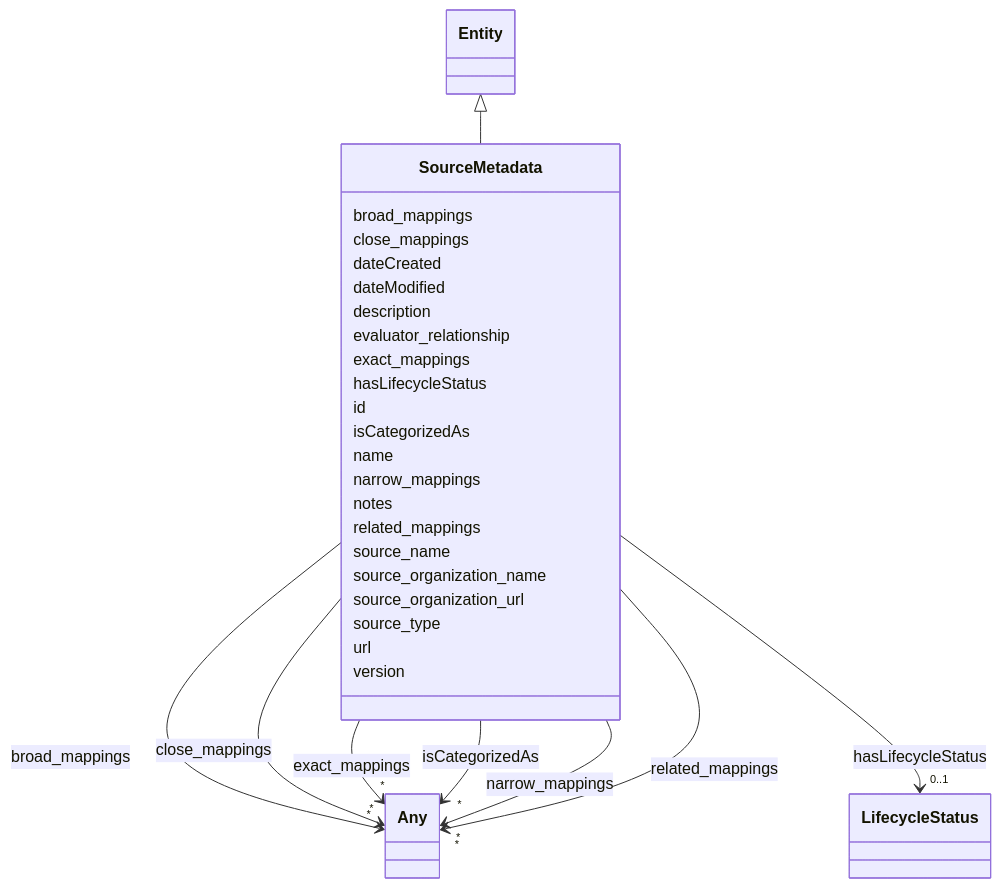
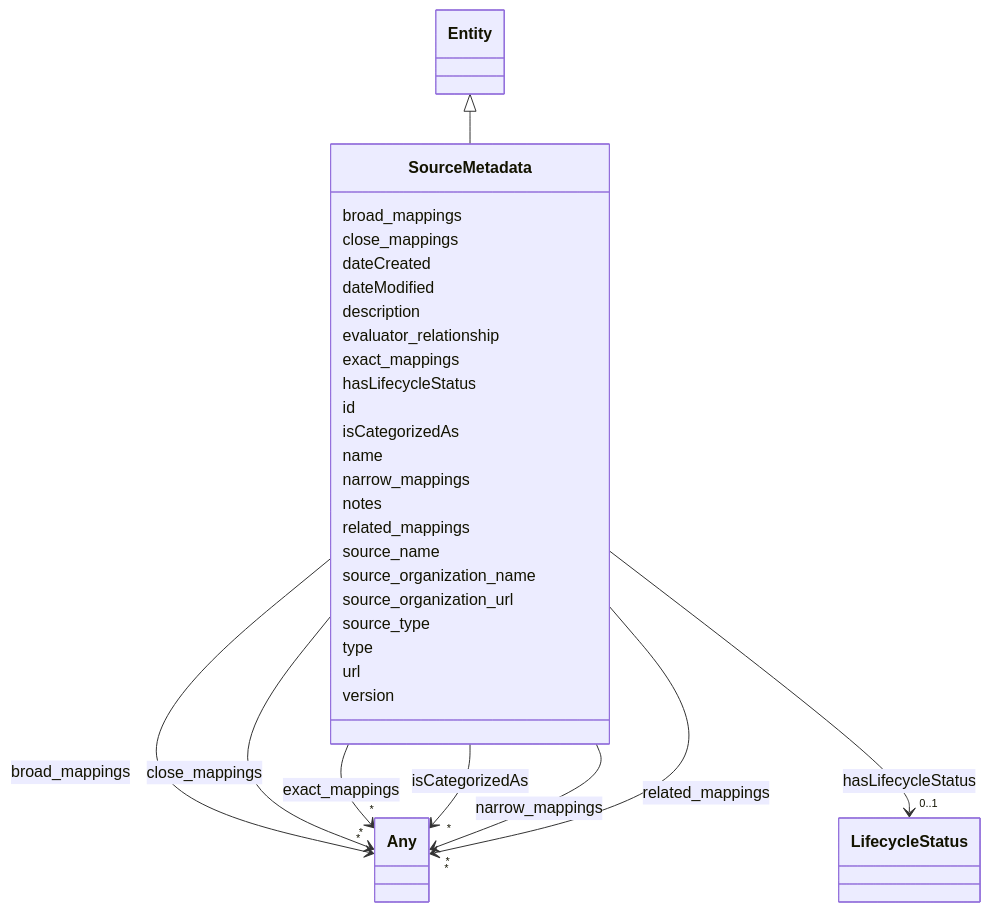
Before and after one commit to IBM/ai-atlas-nexus: the diagram in docs/ontology/SourceMetadata.md, drawn with Mermaid. The commit also changed other lines of this file and 151 other files, not shown here.

```diff
--- a/docs/ontology/SourceMetadata.md
+++ b/docs/ontology/SourceMetadata.md
@@ -117,6 +117,8 @@
 
       SourceMetadata : source_type
 
+      SourceMetadata : type
+
       SourceMetadata : url
 
       SourceMetadata : version
```
